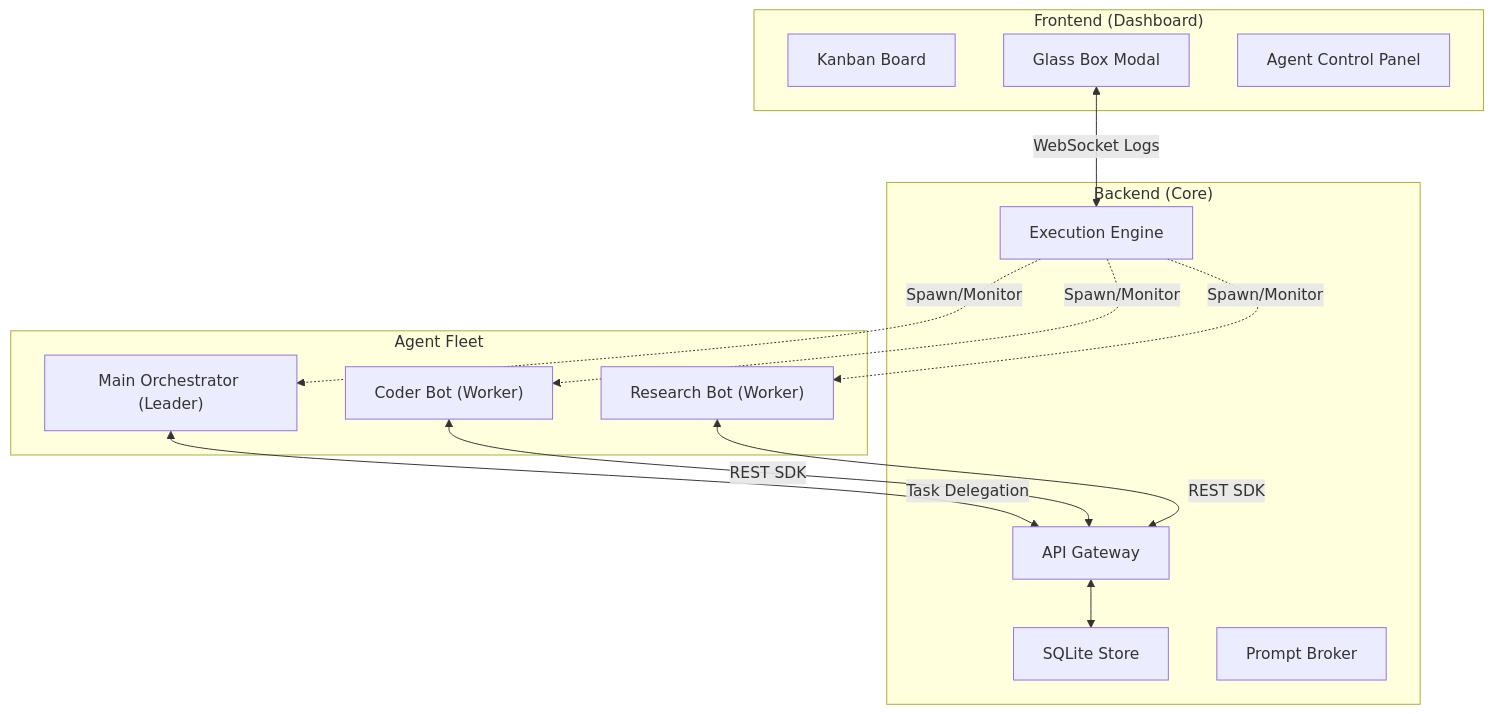
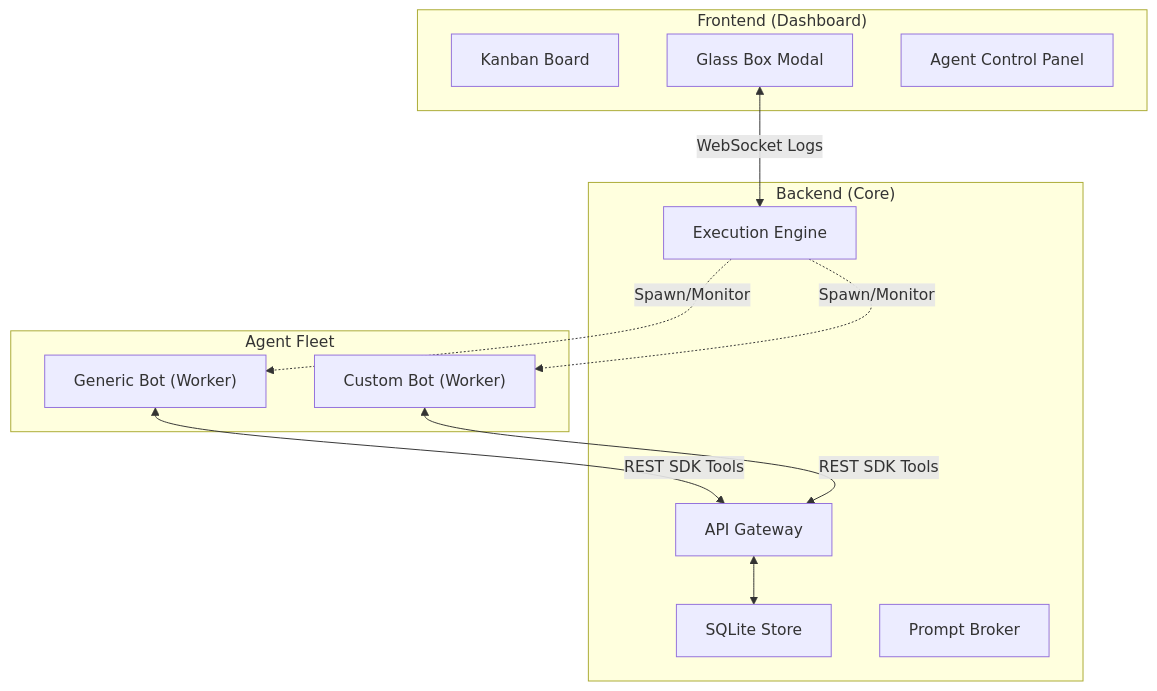
One commit to TheSandemon/Aegis changed the diagram in README.md. Above: the diagram before and after it, drawn with Mermaid. The commit also changed other lines of this file and 13 other files, not shown here.

````diff
--- a/README.md
+++ b/README.md
@@ -23,30 +22,27 @@
 ```mermaid
 graph TD
     subgraph "Frontend (Dashboard)"
         H["Kanban Board"]
         UI["Glass Box Modal"]
         AG["Agent Control Panel"]
     end
 
     subgraph "Backend (Core)"
         C["API Gateway"]
         ST["SQLite Store"]
         EE["Execution Engine"]
         BR["Prompt Broker"]
     end
 
     subgraph "Agent Fleet"
-        OR["Main Orchestrator (Leader)"]
-        W1["Coder Bot (Worker)"]
-        W2["Research Bot (Worker)"]
+        W1["Generic Bot (Worker)"]
+        W2["Custom Bot (Worker)"]
     end
 
-    OR <-->|Task Delegation| C
-    W1 <-->|REST SDK| C
-    W2 <-->|REST SDK| C
-    EE -.->|Spawn/Monitor| OR
+    W1 <-->|REST SDK Tools| C
+    W2 <-->|REST SDK Tools| C
     EE -.->|Spawn/Monitor| W1
     EE -.->|Spawn/Monitor| W2
     C <--> ST
     UI <-->|WebSocket Logs| EE
 ```
````
